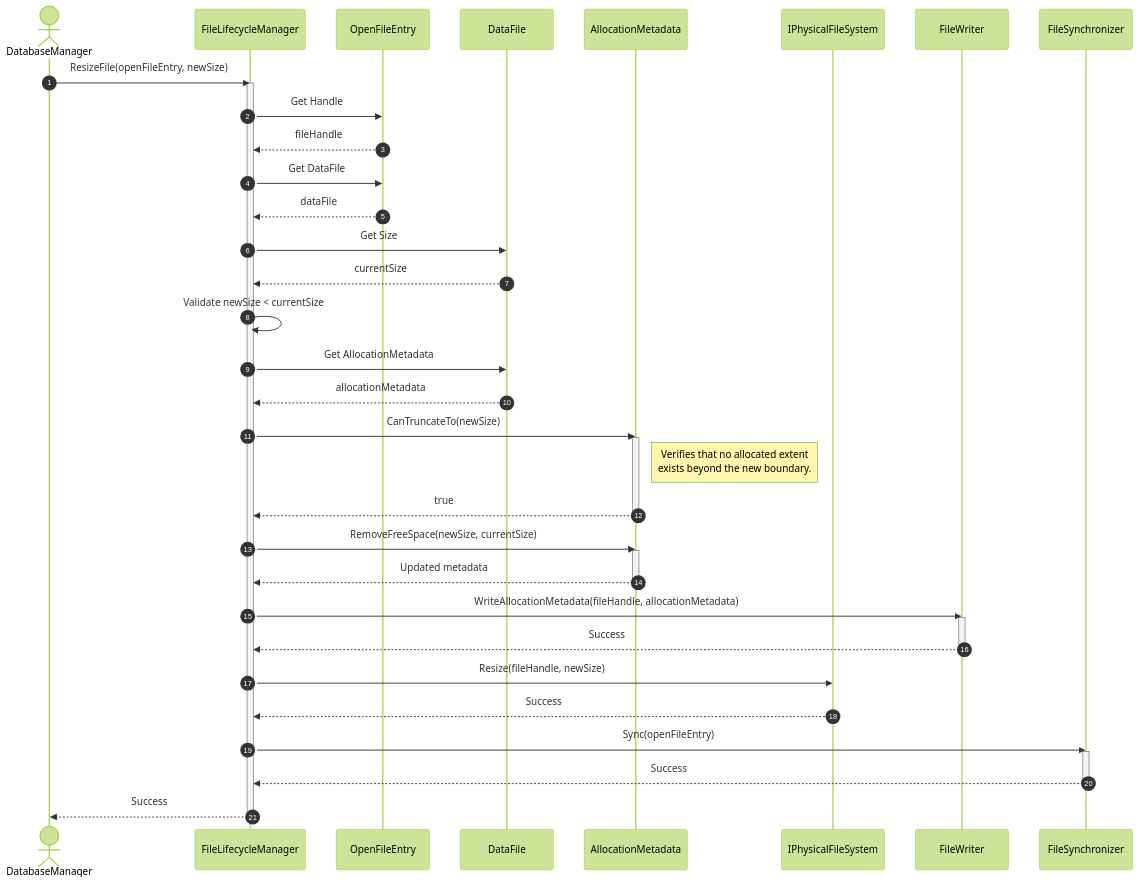
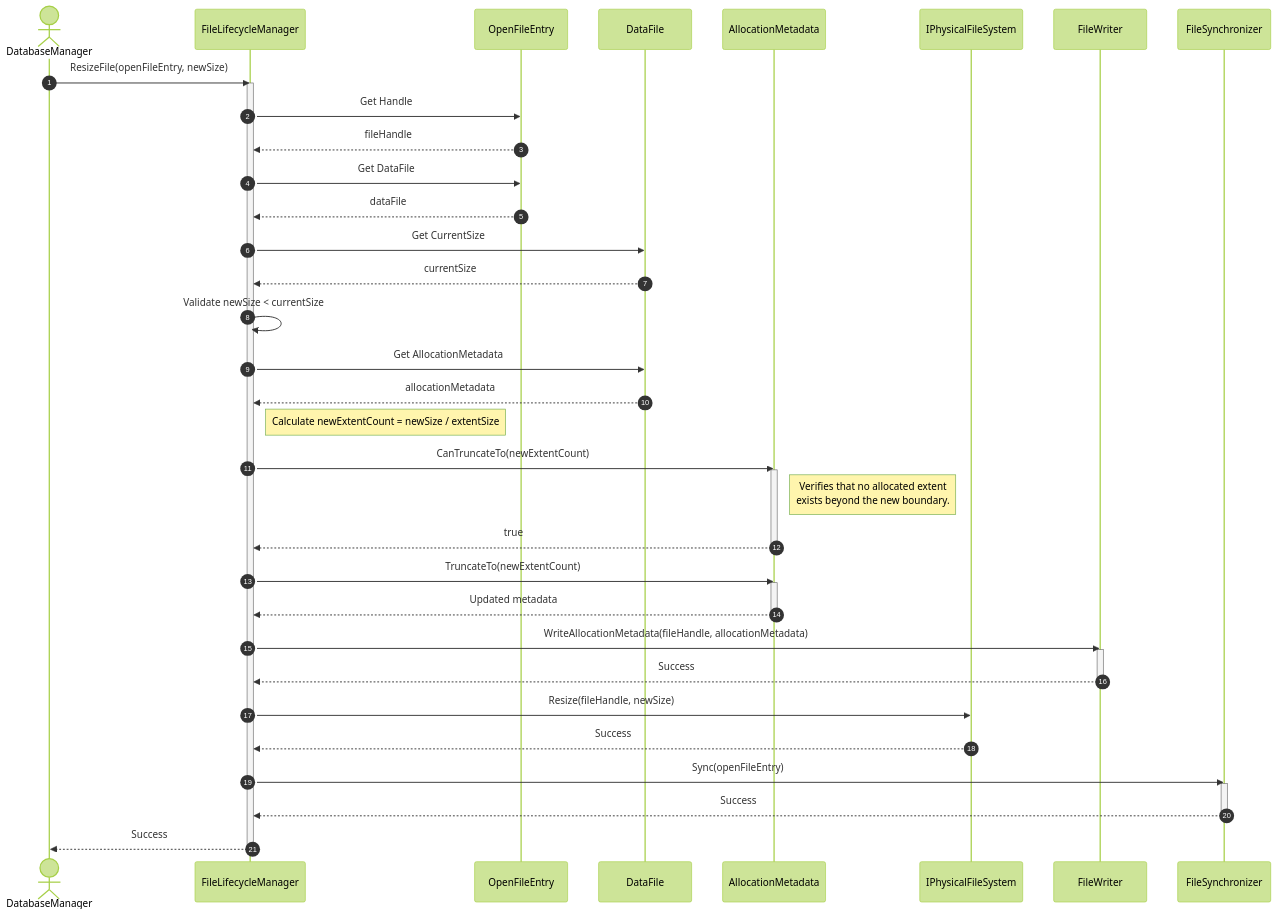
Before and after one commit to manaxpow/DBMS: the second of 5 diagrams in docs/diagrams/sequence-diagrams/storage-engine/file-management/file-lifecycle/resize-file.md, drawn with Mermaid (forest theme). The commit also changed other lines of this file and 98 other files, not shown here.

````diff
--- a/docs/diagrams/sequence-diagrams/storage-engine/file-management/file-lifecycle/resize-file.md
+++ b/docs/diagrams/sequence-diagrams/storage-engine/file-management/file-lifecycle/resize-file.md
@@ -76,57 +78,59 @@
 ```mermaid
 sequenceDiagram
     autonumber
 
     actor DB as DatabaseManager
     participant FLM as FileLifecycleManager
     participant OE as OpenFileEntry
     participant DF as DataFile
     participant AM as AllocationMetadata
     participant PFS as IPhysicalFileSystem
     participant FW as FileWriter
     participant FS as FileSynchronizer
 
     DB->>FLM: ResizeFile(openFileEntry, newSize)
     activate FLM
 
     FLM->>OE: Get Handle
     OE-->>FLM: fileHandle
 
     FLM->>OE: Get DataFile
     OE-->>FLM: dataFile
 
-    FLM->>DF: Get Size
+    FLM->>DF: Get CurrentSize
     DF-->>FLM: currentSize
 
     FLM->>FLM: Validate newSize < currentSize
 
     FLM->>DF: Get AllocationMetadata
     DF-->>FLM: allocationMetadata
 
-    FLM->>AM: CanTruncateTo(newSize)
+    note right of FLM: Calculate newExtentCount = newSize / extentSize
+
+    FLM->>AM: CanTruncateTo(newExtentCount)
     activate AM
     note right of AM: Verifies that no allocated extent<br/>exists beyond the new boundary.
     AM-->>FLM: true
     deactivate AM
 
-    FLM->>AM: RemoveFreeSpace(newSize, currentSize)
+    FLM->>AM: TruncateTo(newExtentCount)
     activate AM
     AM-->>FLM: Updated metadata
     deactivate AM
 
     FLM->>FW: WriteAllocationMetadata(fileHandle, allocationMetadata)
     activate FW
     FW-->>FLM: Success
     deactivate FW
 
     FLM->>PFS: Resize(fileHandle, newSize)
     PFS-->>FLM: Success
 
     FLM->>FS: Sync(openFileEntry)
     activate FS
     FS-->>FLM: Success
     deactivate FS
 
     FLM-->>DB: Success
     deactivate FLM
 ```
````
